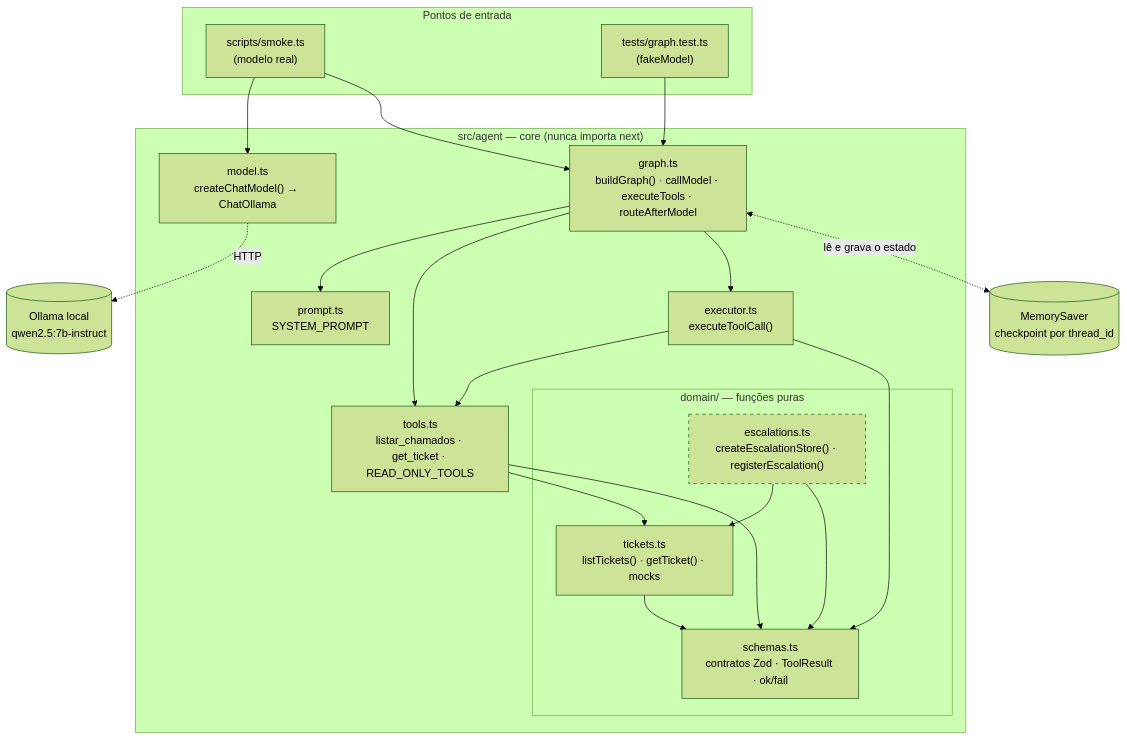
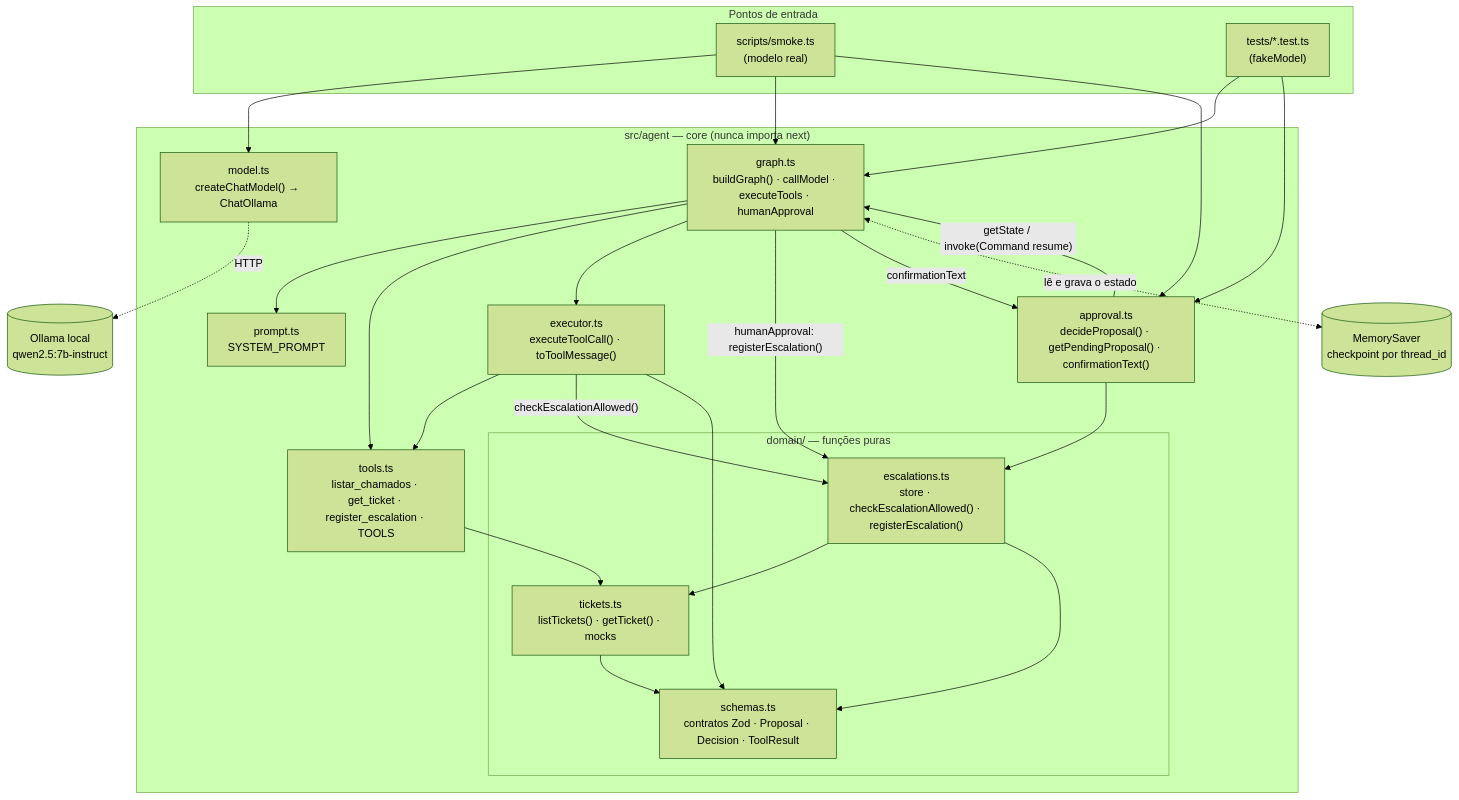
Before and after one commit to gpmoura4/qwantyco-project: the first of 6 diagrams in docs/fluxo.md, drawn with Mermaid (forest theme). The commit also changed other lines of this file and 14 other files, not shown here.

First line of the commit message:
feat: human approval with interrupt, backend validation and idempotency

````diff
--- a/docs/fluxo.md
+++ b/docs/fluxo.md
@@ -12,42 +12,46 @@
 ```mermaid
 flowchart TD
     subgraph Entrada["Pontos de entrada"]
         SMOKE["scripts/smoke.ts<br/>(modelo real)"]
-        TEST["tests/graph.test.ts<br/>(fakeModel)"]
+        TEST["tests/*.test.ts<br/>(fakeModel)"]
     end
 
     subgraph Core["src/agent — core (nunca importa next)"]
         MODEL["model.ts<br/>createChatModel() → ChatOllama"]
-        GRAPH["graph.ts<br/>buildGraph() · callModel · executeTools · routeAfterModel"]
+        APPROVAL["approval.ts<br/>decideProposal() · getPendingProposal() · confirmationText()"]
+        GRAPH["graph.ts<br/>buildGraph() · callModel · executeTools · humanApproval"]
         PROMPT["prompt.ts<br/>SYSTEM_PROMPT"]
-        EXEC["executor.ts<br/>executeToolCall()"]
-        TOOLS["tools.ts<br/>listar_chamados · get_ticket · READ_ONLY_TOOLS"]
+        EXEC["executor.ts<br/>executeToolCall() · toToolMessage()"]
+        TOOLS["tools.ts<br/>listar_chamados · get_ticket · register_escalation · TOOLS"]
         subgraph Domain["domain/ — funções puras"]
             TICKETS["tickets.ts<br/>listTickets() · getTicket() · mocks"]
-            SCHEMAS["schemas.ts<br/>contratos Zod · ToolResult · ok/fail"]
-            ESC["escalations.ts<br/>createEscalationStore() · registerEscalation()"]
+            ESC["escalations.ts<br/>store · checkEscalationAllowed() · registerEscalation()"]
+            SCHEMAS["schemas.ts<br/>contratos Zod · Proposal · Decision · ToolResult"]
         end
     end
 
     OLLAMA[("Ollama local<br/>qwen2.5:7b-instruct")]
     SAVER[("MemorySaver<br/>checkpoint por thread_id")]
 
     SMOKE --> MODEL
     SMOKE --> GRAPH
+    SMOKE --> APPROVAL
     TEST --> GRAPH
+    TEST --> APPROVAL
     MODEL -.->|HTTP| OLLAMA
+    APPROVAL -->|"getState / invoke(Command resume)"| GRAPH
+    APPROVAL --> ESC
     GRAPH --> PROMPT
     GRAPH --> TOOLS
     GRAPH --> EXEC
+    GRAPH -->|"humanApproval: registerEscalation()"| ESC
+    GRAPH -->|confirmationText| APPROVAL
     GRAPH <-.->|"lê e grava o estado"| SAVER
     EXEC --> TOOLS
+    EXEC -->|"checkEscalationAllowed()"| ESC
+    TOOLS --> TICKETS
+    ESC --> TICKETS
+    TICKETS --> SCHEMAS
+    ESC --> SCHEMAS
     EXEC --> SCHEMAS
-    TOOLS --> TICKETS
-    TOOLS --> SCHEMAS
-    TICKETS --> SCHEMAS
-    ESC --> TICKETS
-    ESC --> SCHEMAS
-
-    classDef pending stroke-dasharray: 5 5
-    class ESC pending
 ```
````
